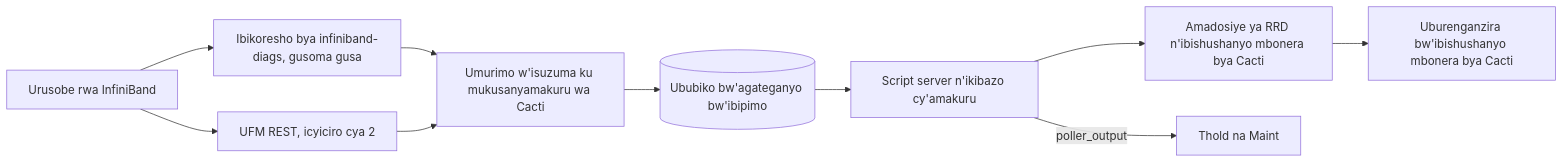
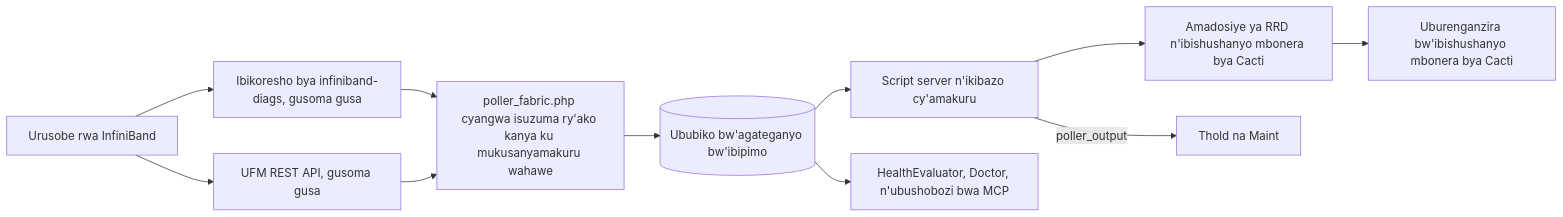
One commit to somethingwithproof/plugin_fabric changed the diagram in docs/i18n/rw-RW/README.md. Above: the diagram before and after it, drawn with Mermaid. The commit also changed other lines of this file and 48 other files, not shown here.

````diff
--- a/docs/i18n/rw-RW/README.md
+++ b/docs/i18n/rw-RW/README.md
@@ -94,12 +132,13 @@
 ```mermaid
 flowchart LR
     F[Urusobe rwa InfiniBand] --> T[Ibikoresho bya infiniband-diags, gusoma gusa]
-    F --> U[UFM REST, icyiciro cya 2]
-    T --> S["Umurimo w'isuzuma ku mukusanyamakuru wa Cacti"]
+    F --> U[UFM REST API, gusoma gusa]
+    T --> S[poller_fabric.php cyangwa isuzuma ry'ako kanya ku mukusanyamakuru wahawe]
     U --> S
     S --> C[("Ububiko bw'agateganyo bw'ibipimo")]
     C --> SS["Script server n'ikibazo cy'amakuru"]
     SS --> R["Amadosiye ya RRD n'ibishushanyo mbonera bya Cacti"]
     SS -->|poller_output| TH[Thold na Maint]
+    C --> H["HealthEvaluator, Doctor, n'ubushobozi bwa MCP"]
     R --> P["Uburenganzira bw'ibishushanyo mbonera bya Cacti"]
 ```
````
